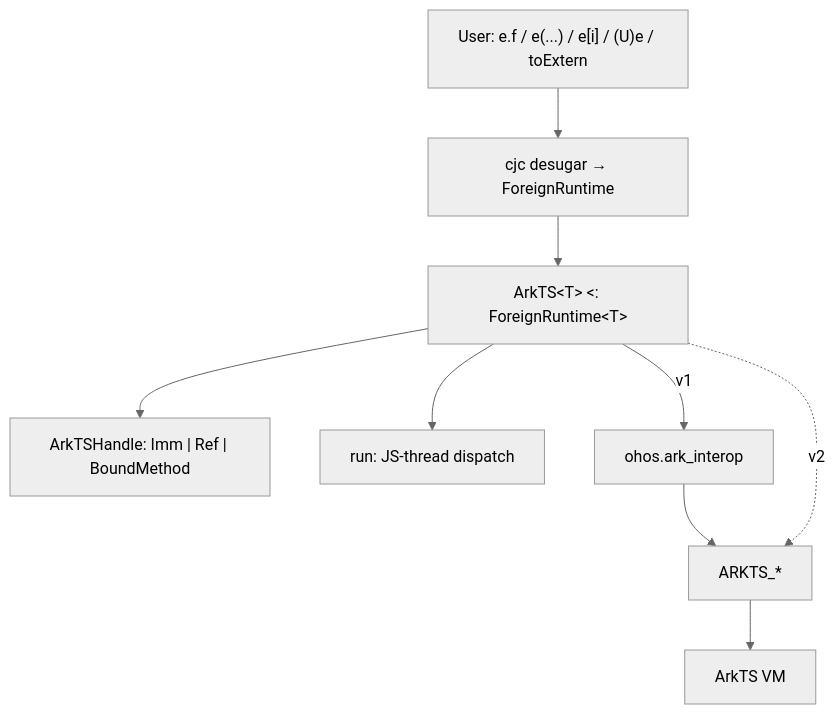
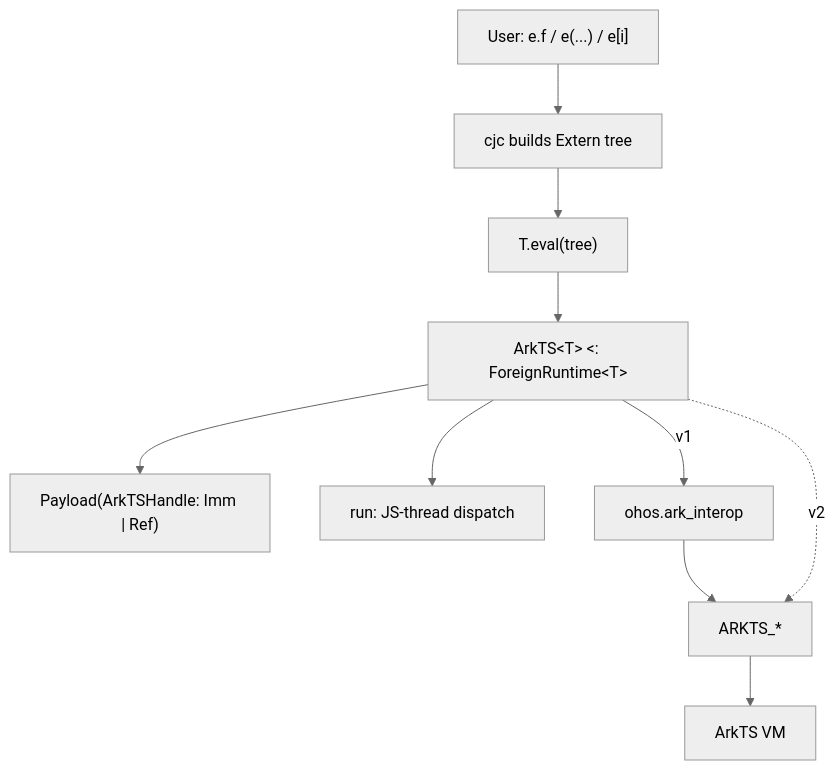
Before and after one commit to belolourenco/cangjie_interop_architecture: the first of 2 diagrams in docs/arkts_runtime_design_with_eval.md, drawn with Mermaid (neutral theme). The commit also changed other lines of this file, not shown here.

Commit message:
arkts design updated for eval

````diff
--- a/docs/arkts_runtime_design_with_eval.md
+++ b/docs/arkts_runtime_design_with_eval.md
@@ -17,9 +37,10 @@
 ```mermaid
 flowchart TB
-    UC["User: e.f / e(...) / e[i] / (U)e / toExtern"] --> DS["cjc desugar → ForeignRuntime"]
-    DS --> ARK["ArkTS&lt;T&gt; <: ForeignRuntime&lt;T&gt;"]
-    ARK --> PAY["ArkTSHandle: Imm | Ref | BoundMethod"]
+    UC["User: e.f / e(...) / e[i]"] --> DS["cjc builds Extern tree"]
+    DS --> EVAL["T.eval(tree)"]
+    EVAL --> ARK["ArkTS&lt;T&gt; <: ForeignRuntime&lt;T&gt;"]
+    ARK --> PAY["Payload(ArkTSHandle: Imm | Ref)"]
     ARK --> RUN["run: JS-thread dispatch"]
     ARK -->|"v1"| CTX["ohos.ark_interop"] --> FFI["ARKTS_*"] --> VM["ArkTS VM"]
     ARK -.->|"v2"| FFI
 ```
````
